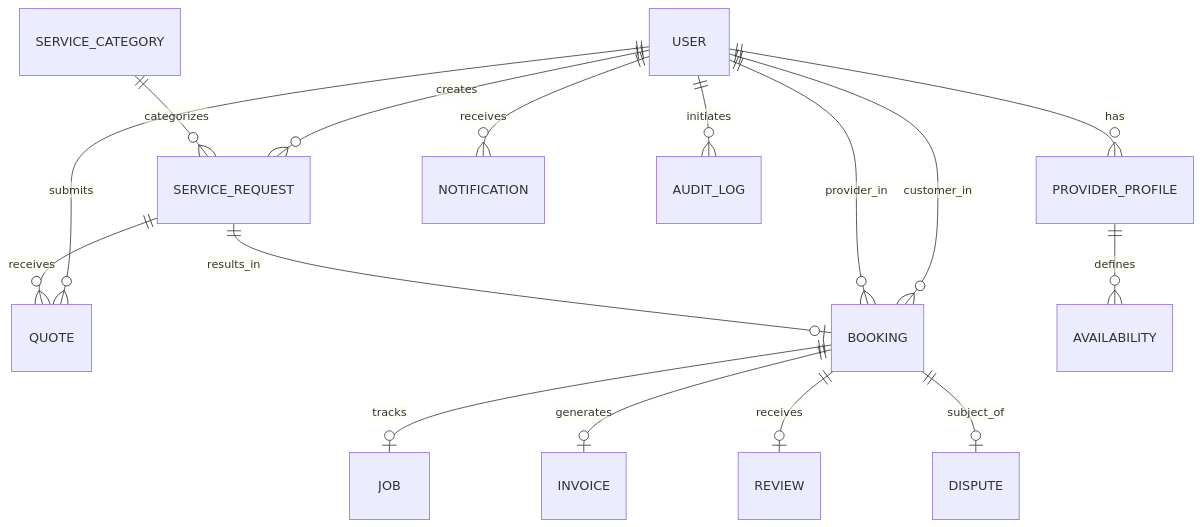
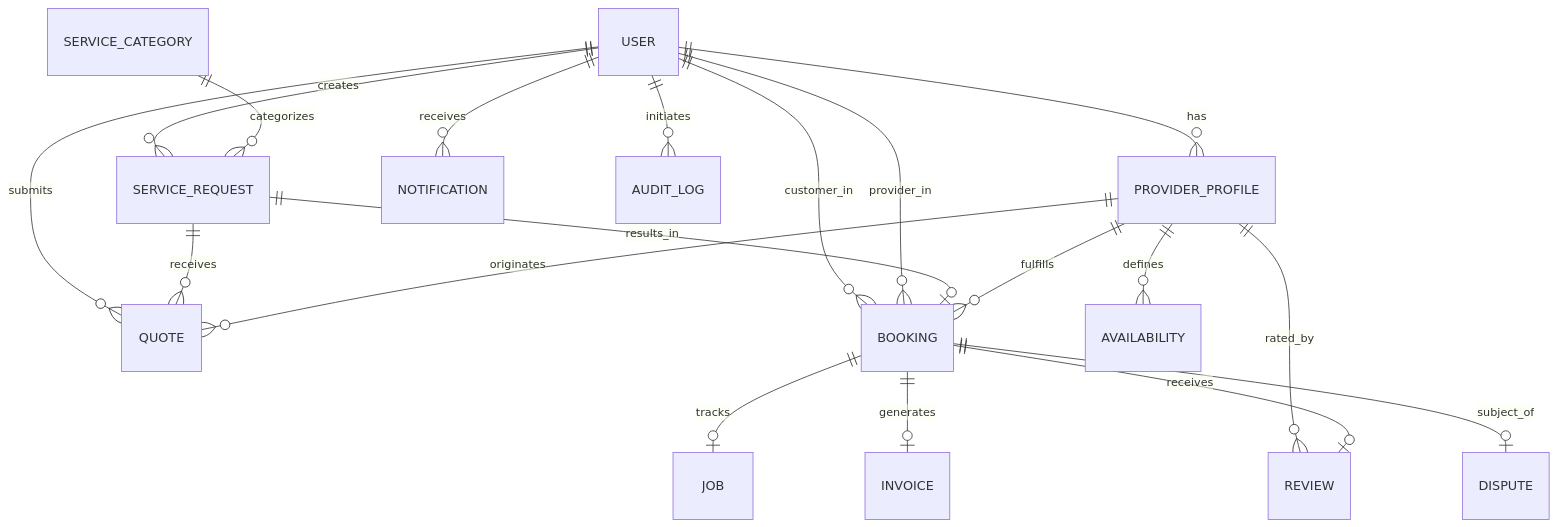
Before and after one commit to dhairyapandit45/careconnect: the diagram in docs/database/database-design.md, drawn with Mermaid. The commit also changed other lines of this file and 19 other files, not shown here.

````diff
--- a/docs/database/database-design.md
+++ b/docs/database/database-design.md
@@ -11,21 +11,24 @@
 ```mermaid
 erDiagram
     USER ||--o{ PROVIDER_PROFILE : has
     USER ||--o{ SERVICE_REQUEST : creates
     USER ||--o{ QUOTE : submits
     USER ||--o{ BOOKING : customer_in
     USER ||--o{ BOOKING : provider_in
     USER ||--o{ NOTIFICATION : receives
     USER ||--o{ AUDIT_LOG : initiates
 
     SERVICE_CATEGORY ||--o{ SERVICE_REQUEST : categorizes
     SERVICE_REQUEST ||--o{ QUOTE : receives
     SERVICE_REQUEST ||--o| BOOKING : results_in
 
+    PROVIDER_PROFILE ||--o{ QUOTE : originates
+    PROVIDER_PROFILE ||--o{ BOOKING : fulfills
+    PROVIDER_PROFILE ||--o{ AVAILABILITY : defines
+    PROVIDER_PROFILE ||--o{ REVIEW : rated_by
+
     BOOKING ||--o| JOB : tracks
     BOOKING ||--o| INVOICE : generates
     BOOKING ||--o| REVIEW : receives
     BOOKING ||--o| DISPUTE : subject_of
-
-    PROVIDER_PROFILE ||--o{ AVAILABILITY : defines
 ```
````
